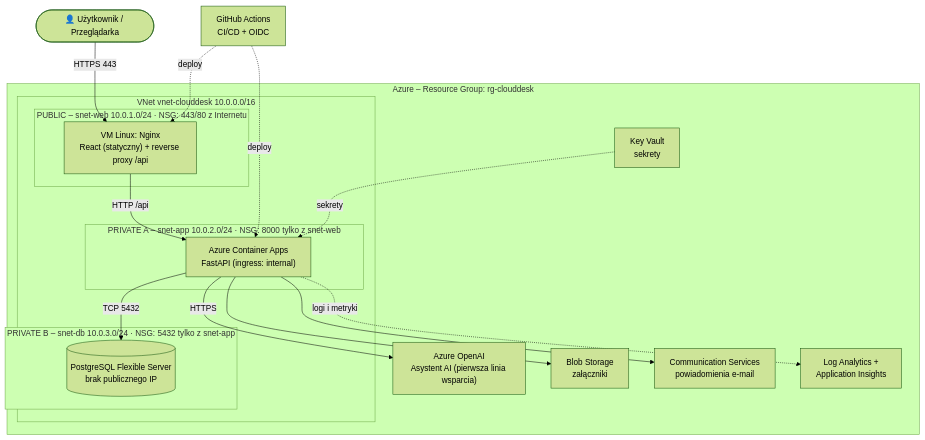
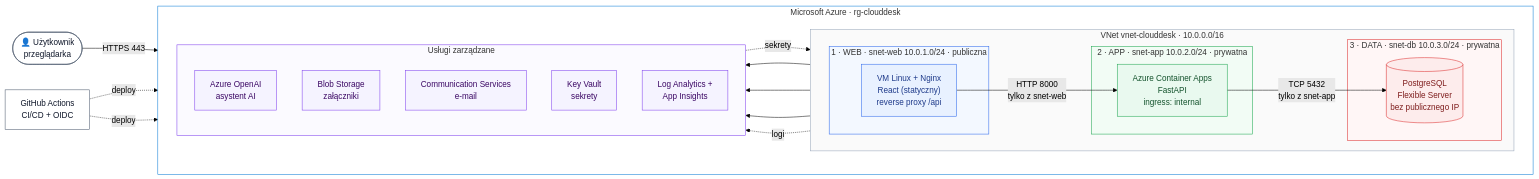
One commit to qubit-mindless/clouddesk changed the diagram in docs/diagrams/architecture.mmd. Above: the diagram before and after it, drawn with Mermaid (forest theme). The commit also changed 3 other files, not shown here.

Commit message:
Diagram architektury: nowy układ poziomy, eksport PNG i SVG w README (#27)

```diff
--- a/docs/diagrams/architecture.mmd
+++ b/docs/diagrams/architecture.mmd
@@ -1,33 +1,55 @@
-flowchart TB
-    user(["👤 Użytkownik / Przeglądarka"])
+flowchart LR
+    user(["👤 Użytkownik<br/>przeglądarka"])
     gh["GitHub Actions<br/>CI/CD + OIDC"]
 
-    subgraph azure["Azure – Resource Group: rg-clouddesk"]
-        subgraph vnet["VNet vnet-clouddesk 10.0.0.0/16"]
-            subgraph web["PUBLIC – snet-web 10.0.1.0/24 · NSG: 443/80 z Internetu"]
-                nginx["VM Linux: Nginx<br/>React (statyczny) + reverse proxy /api"]
+    subgraph azure["Microsoft Azure · rg-clouddesk"]
+        direction LR
+        subgraph vnet["VNet vnet-clouddesk · 10.0.0.0/16"]
+            direction LR
+            subgraph web["1 · WEB · snet-web 10.0.1.0/24 · publiczna"]
+                nginx["VM Linux + Nginx<br/>React (statyczny)<br/>reverse proxy /api"]
             end
-            subgraph app["PRIVATE A – snet-app 10.0.2.0/24 · NSG: 8000 tylko z snet-web"]
-                api["Azure Container Apps<br/>FastAPI (ingress: internal)"]
+            subgraph app["2 · APP · snet-app 10.0.2.0/24 · prywatna"]
+                api["Azure Container Apps<br/>FastAPI<br/>ingress: internal"]
             end
-            subgraph data["PRIVATE B – snet-db 10.0.3.0/24 · NSG: 5432 tylko z snet-app"]
-                db[("PostgreSQL Flexible Server<br/>brak publicznego IP")]
+            subgraph data["3 · DATA · snet-db 10.0.3.0/24 · prywatna"]
+                db[("PostgreSQL<br/>Flexible Server<br/>bez publicznego IP")]
             end
         end
-        ai["Azure OpenAI<br/>Asystent AI (pierwsza linia wsparcia)"]
-        blob["Blob Storage<br/>załączniki"]
-        mail["Communication Services<br/>powiadomienia e-mail"]
-        kv["Key Vault<br/>sekrety"]
-        logs["Log Analytics +<br/>Application Insights"]
+        subgraph services["Usługi zarządzane"]
+            direction TB
+            ai["Azure OpenAI<br/>asystent AI"]
+            blob["Blob Storage<br/>załączniki"]
+            mail["Communication Services<br/>e-mail"]
+            kv["Key Vault<br/>sekrety"]
+            logs["Log Analytics +<br/>App Insights"]
+        end
     end
 
     user -->|"HTTPS 443"| nginx
-    nginx -->|"HTTP /api"| api
-    api -->|"TCP 5432"| db
-    api -->|"HTTPS"| ai
+    nginx -->|"HTTP 8000<br/>tylko z snet-web"| api
+    api -->|"TCP 5432<br/>tylko z snet-app"| db
+    api --> ai
     api --> blob
     api --> mail
-    kv -. sekrety .-> api
-    api -. logi i metryki .-> logs
-    gh -. deploy .-> nginx
-    gh -. deploy .-> api
+    kv -.->|sekrety| api
+    api -.->|logi| logs
+    gh -.->|deploy| nginx
+    gh -.->|deploy| api
+
+    classDef tierWeb fill:#e8f1ff,stroke:#2563eb,color:#1e3a8a
+    classDef tierApp fill:#e9f9ef,stroke:#16a34a,color:#14532d
+    classDef tierDb fill:#fdecec,stroke:#dc2626,color:#7f1d1d
+    classDef svc fill:#f5f3ff,stroke:#7c3aed,color:#3b0764
+    classDef ext fill:#ffffff,stroke:#475569,color:#0f172a
+    class nginx tierWeb
+    class api tierApp
+    class db tierDb
+    class ai,blob,mail,kv,logs svc
+    class user,gh ext
+    style web fill:#f3f8ff,stroke:#2563eb
+    style app fill:#f2fcf5,stroke:#16a34a
+    style data fill:#fff6f6,stroke:#dc2626
+    style vnet fill:#fafafa,stroke:#94a3b8
+    style services fill:#fbfaff,stroke:#7c3aed
+    style azure fill:#ffffff,stroke:#0078d4
```
